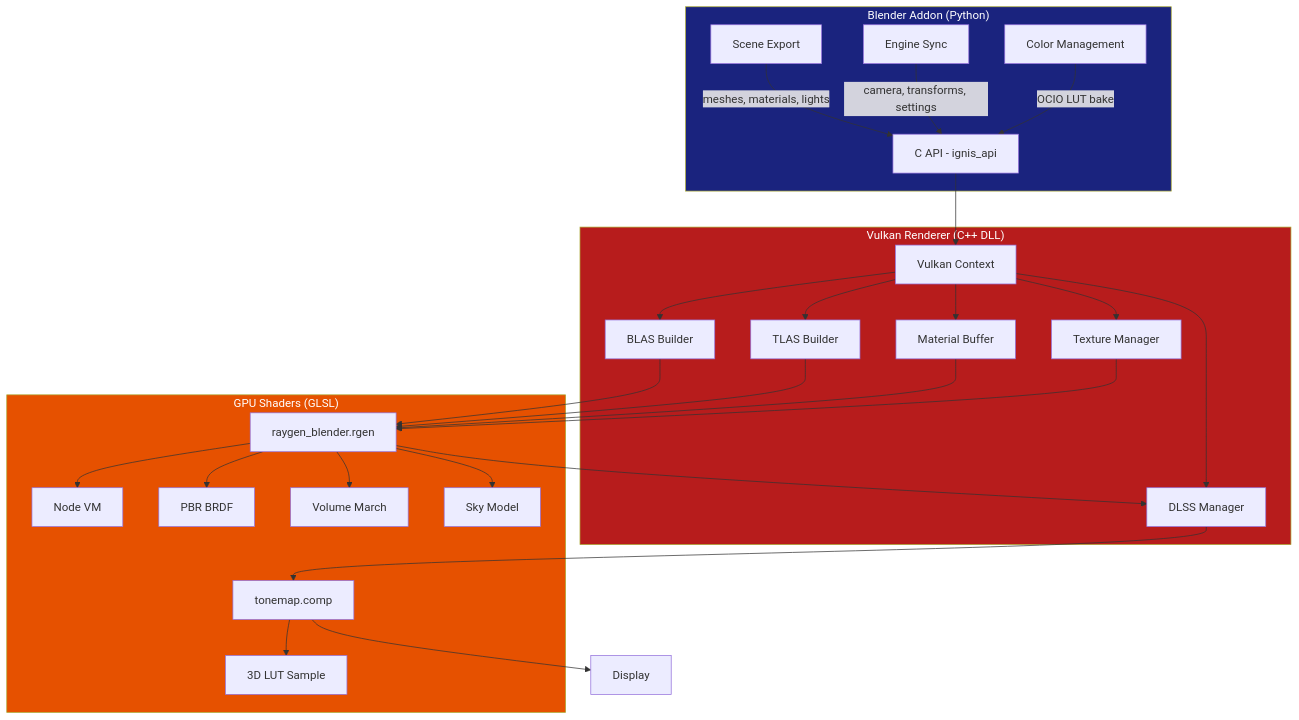
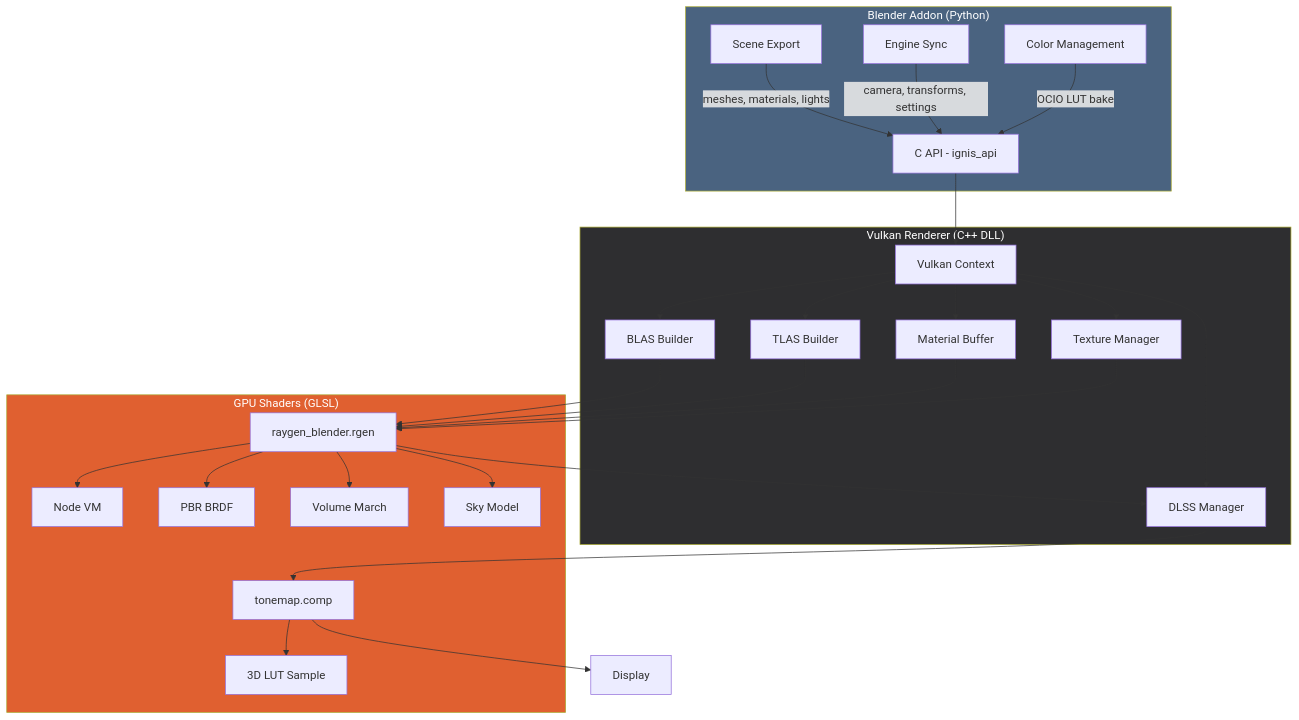
Before and after one commit to kalexis1994/ignis-rt: the first of 2 diagrams in docs/architecture/overview.md, drawn with Mermaid. The commit also changed 12 other files, not shown here.

First line of the commit message:
Docs: Ignis palette, favicon, dark-safe diagram fills, contrast JS

````diff
--- a/docs/architecture/overview.md
+++ b/docs/architecture/overview.md
@@ -5,37 +5,37 @@
 ```mermaid
 flowchart TB
     subgraph Blender["Blender Addon (Python)"]
         SE[Scene Export] --> |meshes, materials, lights| API[C API - ignis_api]
         ENG[Engine Sync] --> |camera, transforms, settings| API
         CM[Color Management] --> |OCIO LUT bake| API
     end
 
     subgraph DLL["Vulkan Renderer (C++ DLL)"]
         API --> VK[Vulkan Context]
         VK --> BLAS[BLAS Builder]
         VK --> TLAS[TLAS Builder]
         VK --> MAT[Material Buffer]
         VK --> TEX[Texture Manager]
         VK --> DLSS_M[DLSS Manager]
     end
 
     subgraph GPU["GPU Shaders (GLSL)"]
         RT[raygen_blender.rgen] --> VM[Node VM]
         RT --> BRDF[PBR BRDF]
         RT --> VOL[Volume March]
         RT --> SKY[Sky Model]
         TM[tonemap.comp] --> LUT[3D LUT Sample]
     end
 
     BLAS --> RT
     TLAS --> RT
     MAT --> RT
     TEX --> RT
     RT --> DLSS_M
     DLSS_M --> TM
     TM --> DISP[Display]
 
-    style Blender fill:#1a237e,color:white
-    style DLL fill:#b71c1c,color:white
-    style GPU fill:#e65100,color:white
+    style Blender fill:#4A6380,color:white
+    style DLL fill:#2E2E30,color:white
+    style GPU fill:#E06030,color:white
 ```
````
